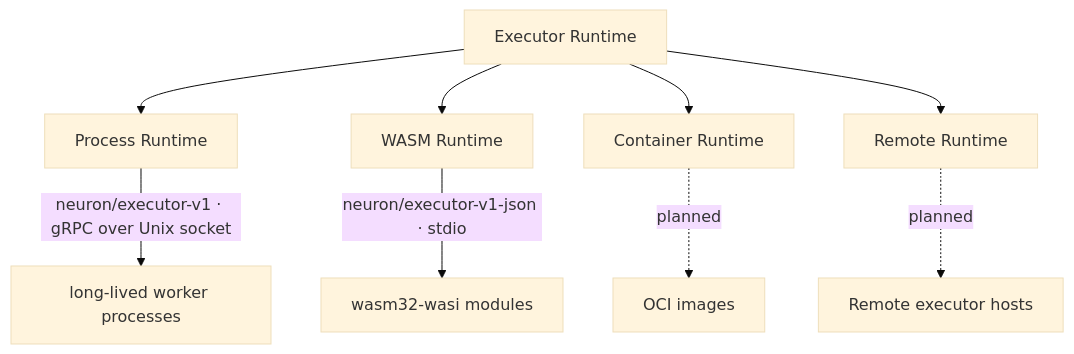
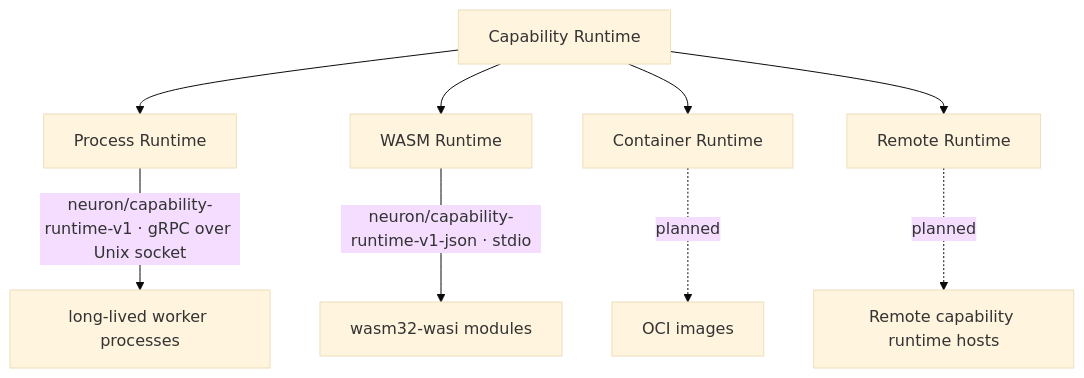
Before and after one commit to neuron-runtime/neuron: the sixth of 7 diagrams in nore/README.md, drawn with Mermaid (base theme). The commit also changed other lines of this file and 119 other files, not shown here.

````diff
--- a/nore/README.md
+++ b/nore/README.md
@@ -225,11 +225,11 @@
 ```mermaid
 flowchart TB
-    ER[Executor Runtime] --> PROC[Process Runtime]
+    ER[Capability Runtime] --> PROC[Process Runtime]
     ER --> WASM[WASM Runtime]
     ER --> CONT[Container Runtime]
     ER --> REM[Remote Runtime]
-    PROC -->|neuron/executor-v1 · gRPC over Unix socket| W[long-lived worker processes]
-    WASM -->|neuron/executor-v1-json · stdio| MOD[wasm32-wasi modules]
+    PROC -->|neuron/capability-runtime-v1 · gRPC over Unix socket| W[long-lived worker processes]
+    WASM -->|neuron/capability-runtime-v1-json · stdio| MOD[wasm32-wasi modules]
     CONT -. planned .-> OCI[OCI images]
-    REM -. planned .-> HOST[Remote executor hosts]
+    REM -. planned .-> HOST[Remote capability runtime hosts]
 ```
````
